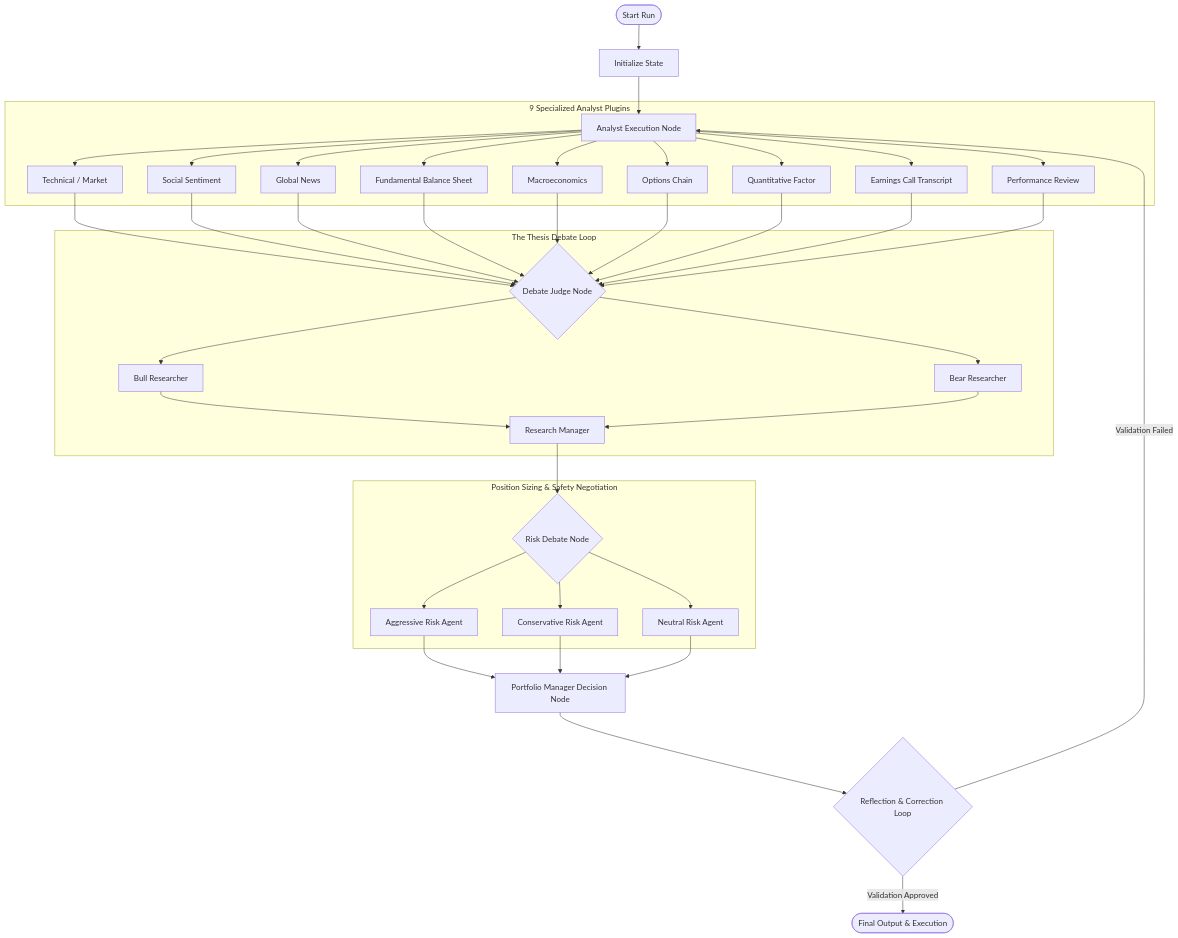
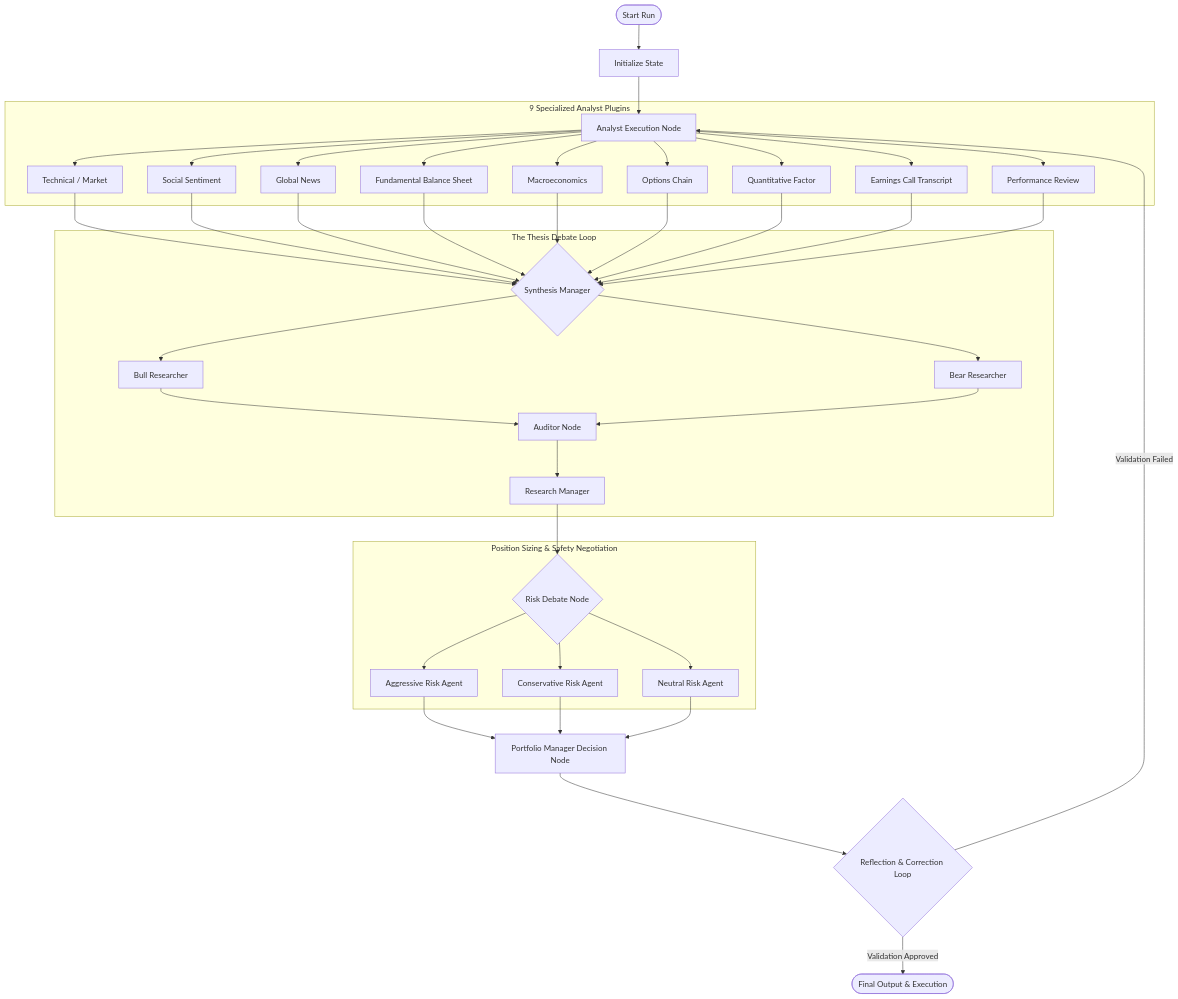
The diagram in backend/trading_agents/README.md (JustSadY/TradingAgents), drawn with Mermaid before and after one commit. The commit also changed other lines of this file and 18 other files, not shown here.

````diff
--- a/backend/trading_agents/README.md
+++ b/backend/trading_agents/README.md
@@ -13,38 +13,39 @@
 ```mermaid
 graph TD
     Start([Start Run]) --> InitState[Initialize State]
     InitState --> AnalystExecution[Analyst Execution Node]
     
     subgraph Analysts [9 Specialized Analyst Plugins]
         AnalystExecution --> A1[Technical / Market]
         AnalystExecution --> A2[Social Sentiment]
         AnalystExecution --> A3[Global News]
         AnalystExecution --> A4[Fundamental Balance Sheet]
         AnalystExecution --> A5[Macroeconomics]
         AnalystExecution --> A6[Options Chain]
         AnalystExecution --> A7[Quantitative Factor]
         AnalystExecution --> A8[Earnings Call Transcript]
         AnalystExecution --> A9[Performance Review]
     end
     
-    A1 & A2 & A3 & A4 & A5 & A6 & A7 & A8 & A9 --> DebatePhase{Debate Judge Node}
+    A1 & A2 & A3 & A4 & A5 & A6 & A7 & A8 & A9 --> SynthesisManager{Synthesis Manager}
     
     subgraph Debate [The Thesis Debate Loop]
-        DebatePhase --> Bull[Bull Researcher]
-        DebatePhase --> Bear[Bear Researcher]
-        Bull & Bear --> Judge[Research Manager]
+        SynthesisManager --> Bull[Bull Researcher]
+        SynthesisManager --> Bear[Bear Researcher]
+        Bull & Bear --> Auditor[Auditor Node]
+        Auditor --> Judge[Research Manager]
     end
     
     Judge --> RiskDebate{Risk Debate Node}
     
     subgraph Risk [Position Sizing & Safety Negotiation]
         RiskDebate --> RA[Aggressive Risk Agent]
         RiskDebate --> RC[Conservative Risk Agent]
         RiskDebate --> RN[Neutral Risk Agent]
     end
     
     RA & RC & RN --> FinalExecution[Portfolio Manager Decision Node]
     FinalExecution --> Reflection{Reflection & Correction Loop}
     Reflection -->|Validation Failed| AnalystExecution
     Reflection -->|Validation Approved| EndNode([Final Output & Execution])
 ```
````
